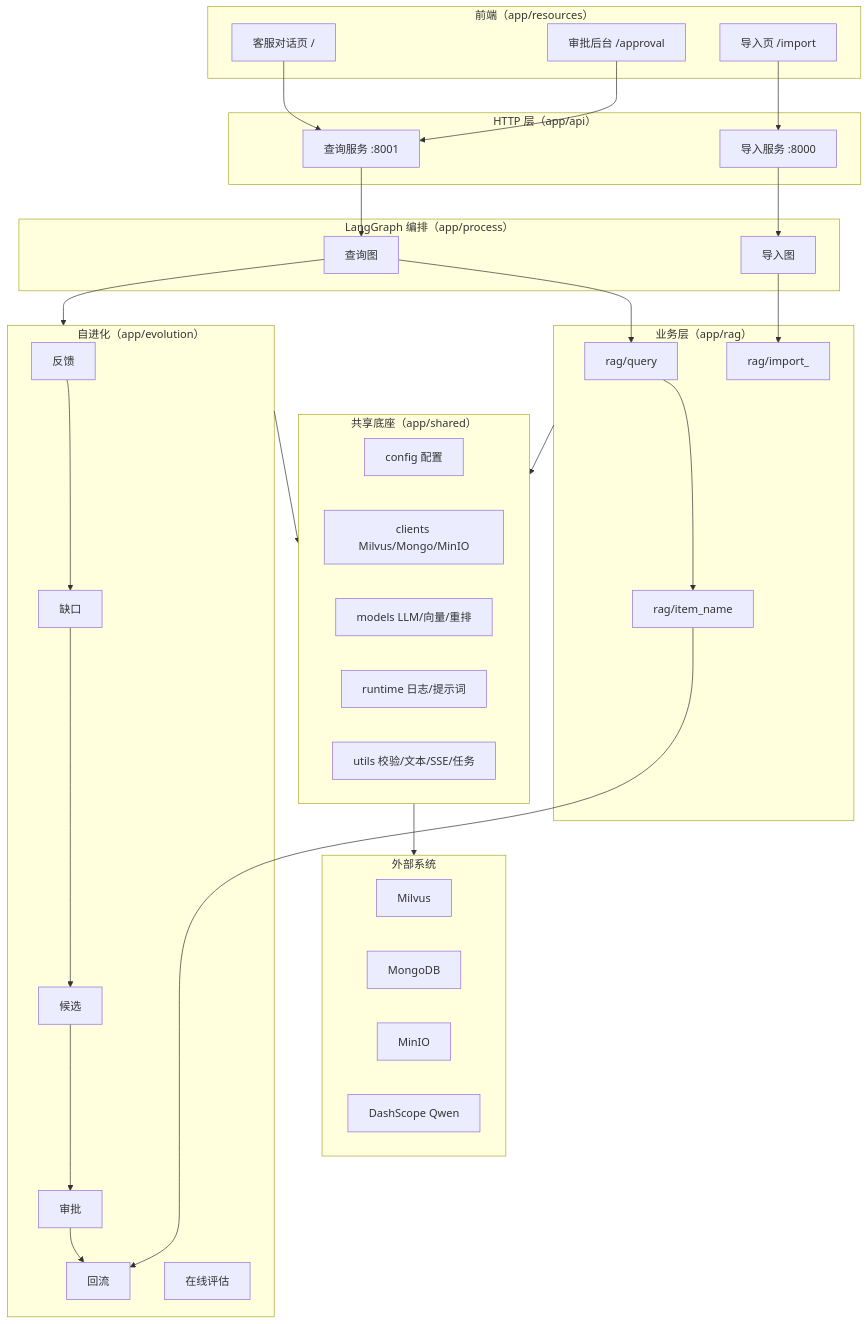
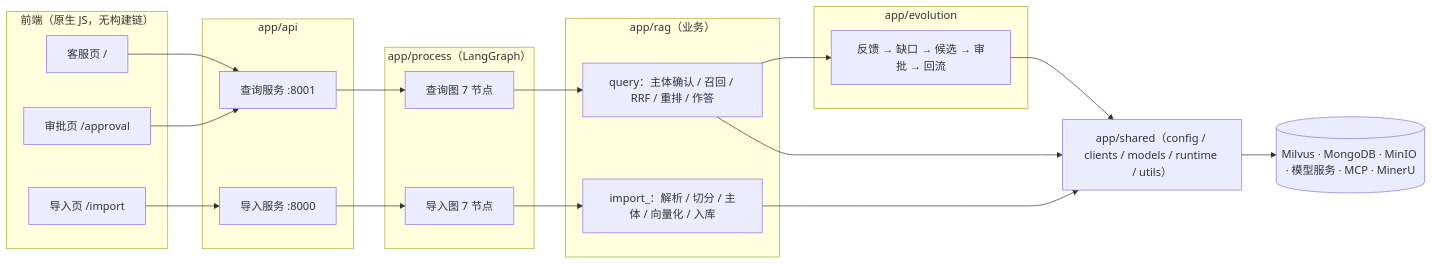
The diagram in README.md (LZX842056112/se_rag), drawn with Mermaid before and after one commit. The commit also changed other lines of this file and 1 other file, not shown here.

First line of the commit message:
重写 README：se_rag 项目文档（数据契约 / 流程 / 配置 / 排障 / 变更记录）

````diff
--- a/README.md
+++ b/README.md
@@ -51,51 +55,34 @@
 ```mermaid
-flowchart TB
-    subgraph FE["前端（app/resources）"]
-        UI1["客服对话页 /"]
-        UI2["审批后台 /approval"]
+flowchart LR
+    subgraph FE["前端（原生 JS，无构建链）"]
+        UI1["客服页 /"]
+        UI2["审批页 /approval"]
         UI3["导入页 /import"]
     end
-    subgraph API["HTTP 层（app/api）"]
+    subgraph API["app/api"]
         QS["查询服务 :8001"]
         IS["导入服务 :8000"]
     end
-    subgraph FLOW["LangGraph 编排（app/process）"]
-        QG["查询图"]
-        IG["导入图"]
+    subgraph PROC["app/process（LangGraph）"]
+        QG["查询图 7 节点"]
+        IG["导入图 7 节点"]
     end
-    subgraph RAG["业务层（app/rag）"]
-        RQ["rag/query"]
-        RI["rag/import_"]
-        IN["rag/item_name"]
+    subgraph RAG["app/rag（业务）"]
+        RQ["query：主体确认 / 召回 / RRF / 重排 / 作答"]
+        RI["import_：解析 / 切分 / 主体 / 向量化 / 入库"]
     end
-    subgraph EVO["自进化（app/evolution）"]
-        FB["反馈"] --> GAP["缺口"] --> CAND["候选"] --> APV["审批"] --> IDX["回流"]
-        EVAL["在线评估"]
+    subgraph EVO["app/evolution"]
+        LOOP["反馈 → 缺口 → 候选 → 审批 → 回流"]
     end
-    subgraph SH["共享底座（app/shared）"]
-        CFG["config 配置"]
-        CLI["clients Milvus/Mongo/MinIO"]
-        MOD["models LLM/向量/重排"]
-        RUN["runtime 日志/提示词"]
-        UTL["utils 校验/文本/SSE/任务"]
-    end
-    subgraph STORE["外部系统"]
-        MV["Milvus"]
-        MG["MongoDB"]
-        MO["MinIO"]
-        LLM["DashScope Qwen"]
-    end
+    SH["app/shared（config / clients / models / runtime / utils）"]
+    EXT[("Milvus · MongoDB · MinIO · 模型服务 · MCP · MinerU")]
     UI1 --> QS
     UI2 --> QS
     UI3 --> IS
-    QS --> QG
-    IS --> IG
-    QG --> RQ
-    IG --> RI
-    RQ --> IN
-    IN --> IDX
-    QG --> EVO
-    RAG --> SH
-    EVO --> SH
-    SH --> STORE
+    QS --> QG --> RQ --> LOOP
+    IS --> IG --> RI
+    RQ --> SH
+    RI --> SH
+    LOOP --> SH
+    SH --> EXT
 ```
````
